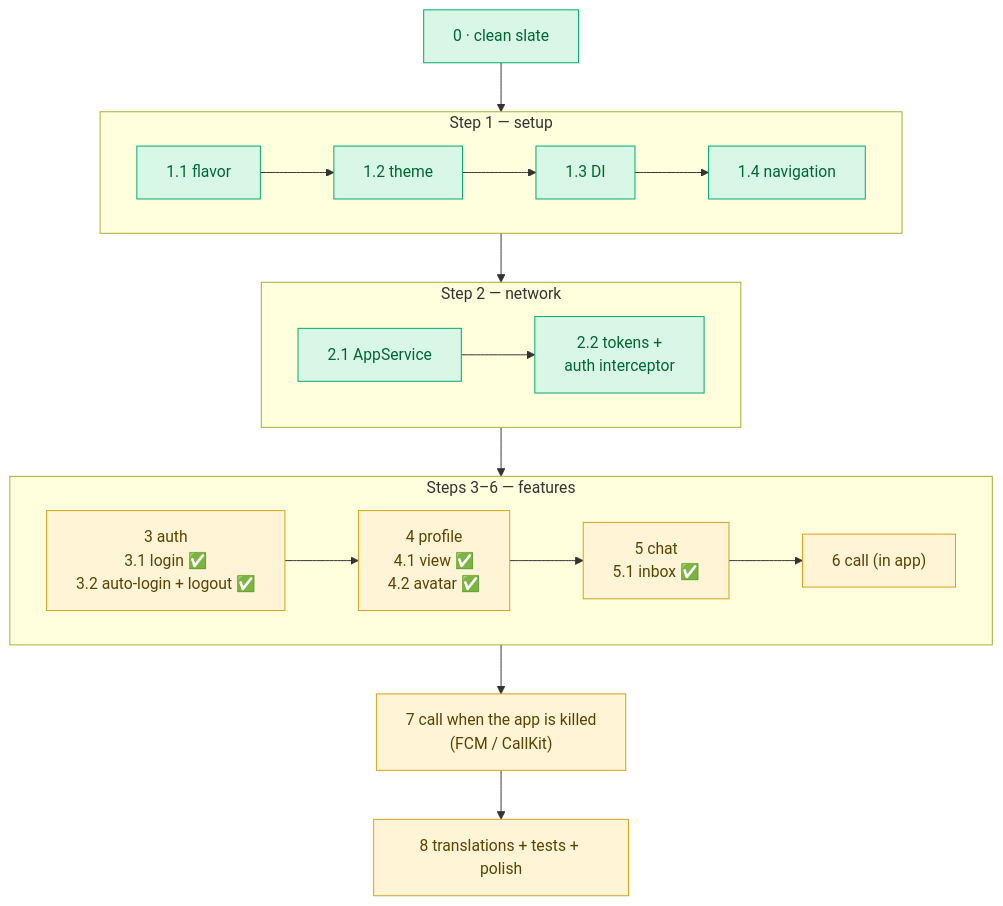
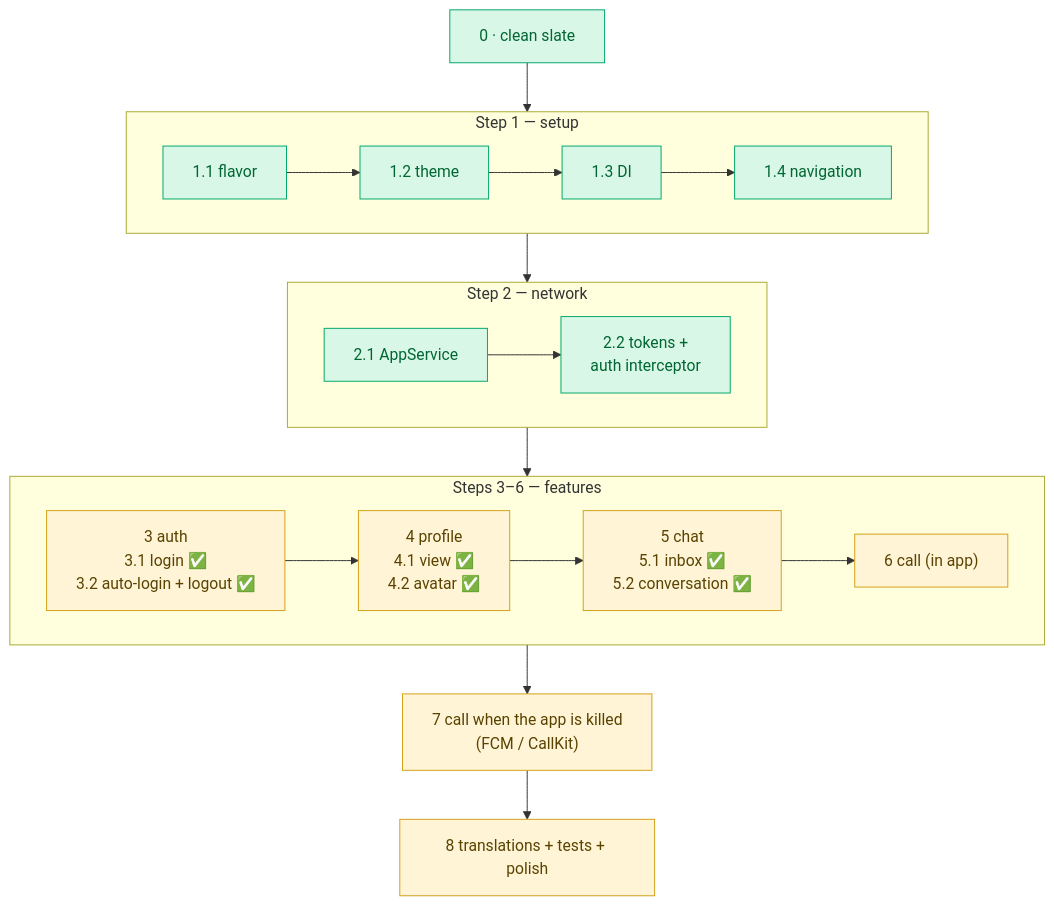
Before and after one commit to krouchvanyda/erp_flutter_claude: the third of 3 diagrams in docs/learning/REBUILD/README.md, drawn with Mermaid. The commit also changed other lines of this file and 24 other files, not shown here.

First line of the commit message:
feat: implement conversation view model with loading, sending, and error handling

````diff
--- a/docs/learning/REBUILD/README.md
+++ b/docs/learning/REBUILD/README.md
@@ -73,26 +73,26 @@
 ```mermaid
 flowchart TD
     S0["0 · clean slate"] --> STEP1
     subgraph STEP1["Step 1 — setup"]
         direction LR
         S11["1.1 flavor"] --> S12["1.2 theme"] --> S13["1.3 DI"] --> S14["1.4 navigation"]
     end
     STEP1 --> STEP2
     subgraph STEP2["Step 2 — network"]
         direction LR
         S21["2.1 AppService"] --> S22["2.2 tokens +<br/>auth interceptor"]
     end
     STEP2 --> FEATS
     subgraph FEATS["Steps 3–6 — features"]
         direction LR
-        S3["3 auth<br/>3.1 login ✅<br/>3.2 auto-login + logout ✅"] --> S4["4 profile<br/>4.1 view ✅<br/>4.2 avatar ✅"] --> S5["5 chat<br/>5.1 inbox ✅"] --> S6["6 call (in app)"]
+        S3["3 auth<br/>3.1 login ✅<br/>3.2 auto-login + logout ✅"] --> S4["4 profile<br/>4.1 view ✅<br/>4.2 avatar ✅"] --> S5["5 chat<br/>5.1 inbox ✅<br/>5.2 conversation ✅"] --> S6["6 call (in app)"]
     end
     FEATS --> S7["7 call when the app is killed<br/>(FCM / CallKit)"] --> S8["8 translations + tests + polish"]
     class S0,S11,S12,S13,S14,S21,S22 ok
     class S3,S4,S5,S6,S7,S8 wait
     classDef app fill:#dbe9ff,stroke:#3b6fd8,color:#123
     classDef ok fill:#d9f7e6,stroke:#00a86b,color:#063
     classDef wait fill:#fff4d6,stroke:#d4a017,color:#5a4300
     classDef none fill:#eeeeee,stroke:#999,color:#555
     classDef err fill:#fde2e2,stroke:#d64545,color:#611
 ```
````
